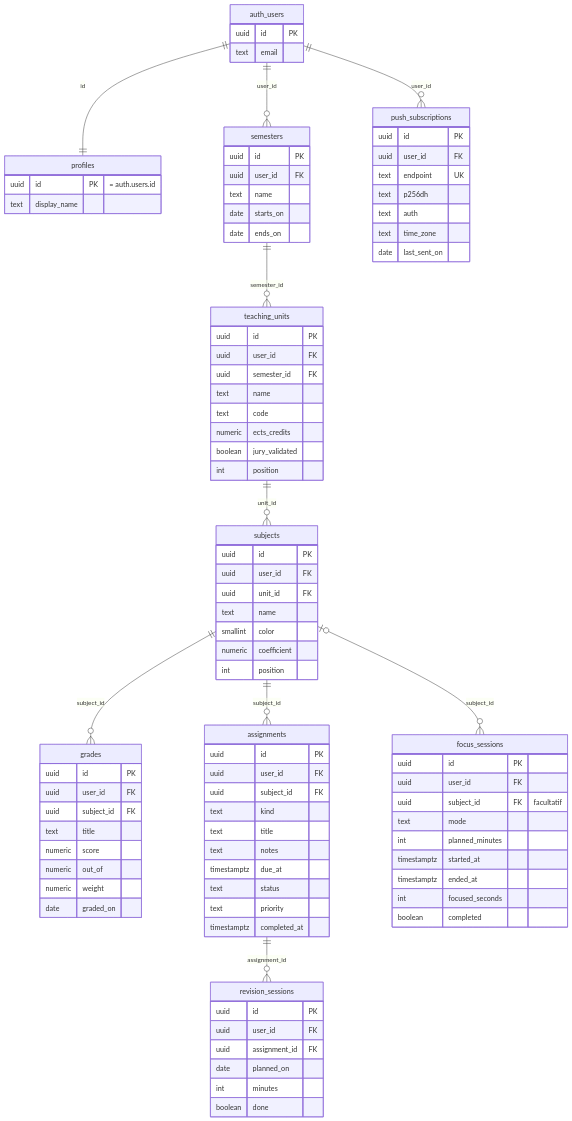
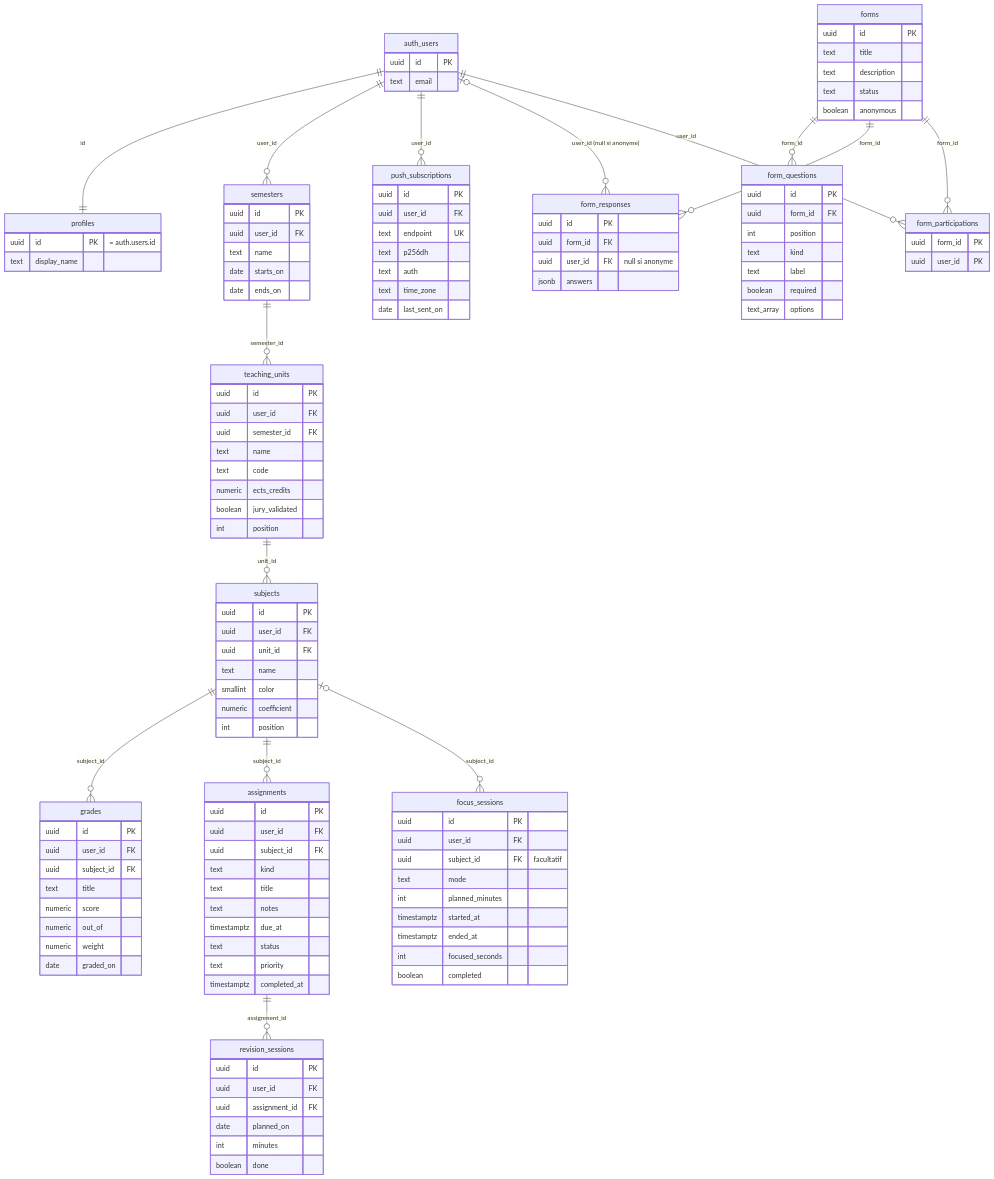
Before and after one commit to sllmb/campusflow: the second of 2 diagrams in docs/modele-de-donnees.md, drawn with Mermaid. The commit also changed other lines of this file and 9 other files, not shown here.

```diff
--- a/docs/modele-de-donnees.md
+++ b/docs/modele-de-donnees.md
@@ -118,6 +123,38 @@
         text priority
         timestamptz completed_at
     }
+    forms ||--o{ form_questions : "form_id"
+    forms ||--o{ form_responses : "form_id"
+    forms ||--o{ form_participations : "form_id"
+    auth_users |o--o{ form_responses : "user_id (null si anonyme)"
+    auth_users ||--o{ form_participations : "user_id"
+
+    forms {
+        uuid id PK
+        text title
+        text description
+        text status
+        boolean anonymous
+    }
+    form_questions {
+        uuid id PK
+        uuid form_id FK
+        int position
+        text kind
+        text label
+        boolean required
+        text_array options
+    }
+    form_participations {
+        uuid form_id PK
+        uuid user_id PK
+    }
+    form_responses {
+        uuid id PK
+        uuid form_id FK
+        uuid user_id FK "null si anonyme"
+        jsonb answers
+    }
     push_subscriptions {
         uuid id PK
         uuid user_id FK
```
